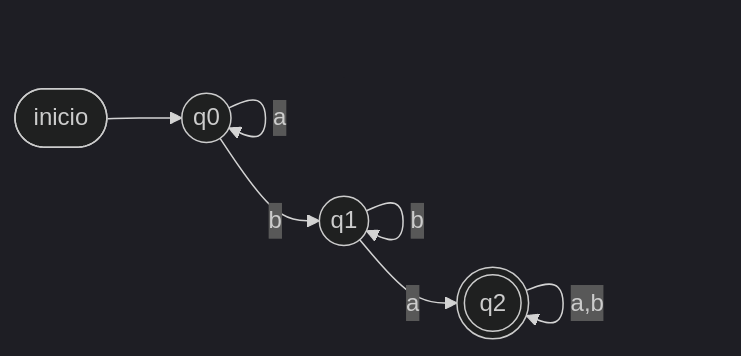
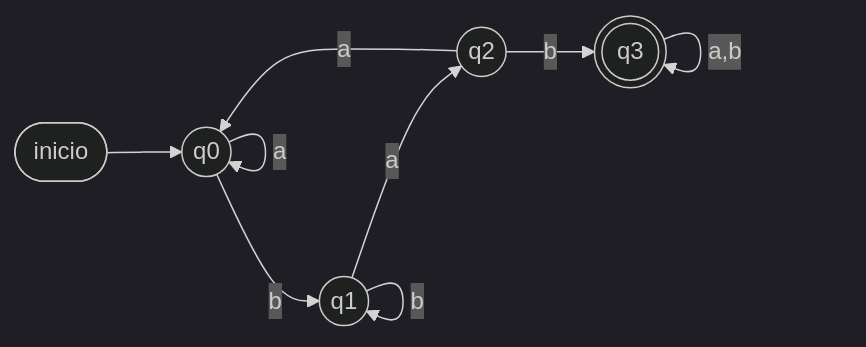
The first of 5 diagrams in control/pauta-control.md (yhwachoo/Grafos), drawn with Mermaid (dark theme) before and after one commit. The commit also changed other lines of this file and 8 other files, not shown here.

````diff
--- a/control/pauta-control.md
+++ b/control/pauta-control.md
@@ -52,12 +23,15 @@
 ```mermaid
 graph LR
     ini([inicio]) --> q0
     q0((q0))
     q1((q1))
-    q2(((q2)))
+    q2((q2))
+    q3(((q3)))
     q0 -->|a| q0
     q0 -->|b| q1
     q1 -->|a| q2
     q1 -->|b| q1
-    q2 -->|a,b| q2
+    q2 -->|a| q0
+    q2 -->|b| q3
+    q3 -->|a,b| q3
 ```
````
